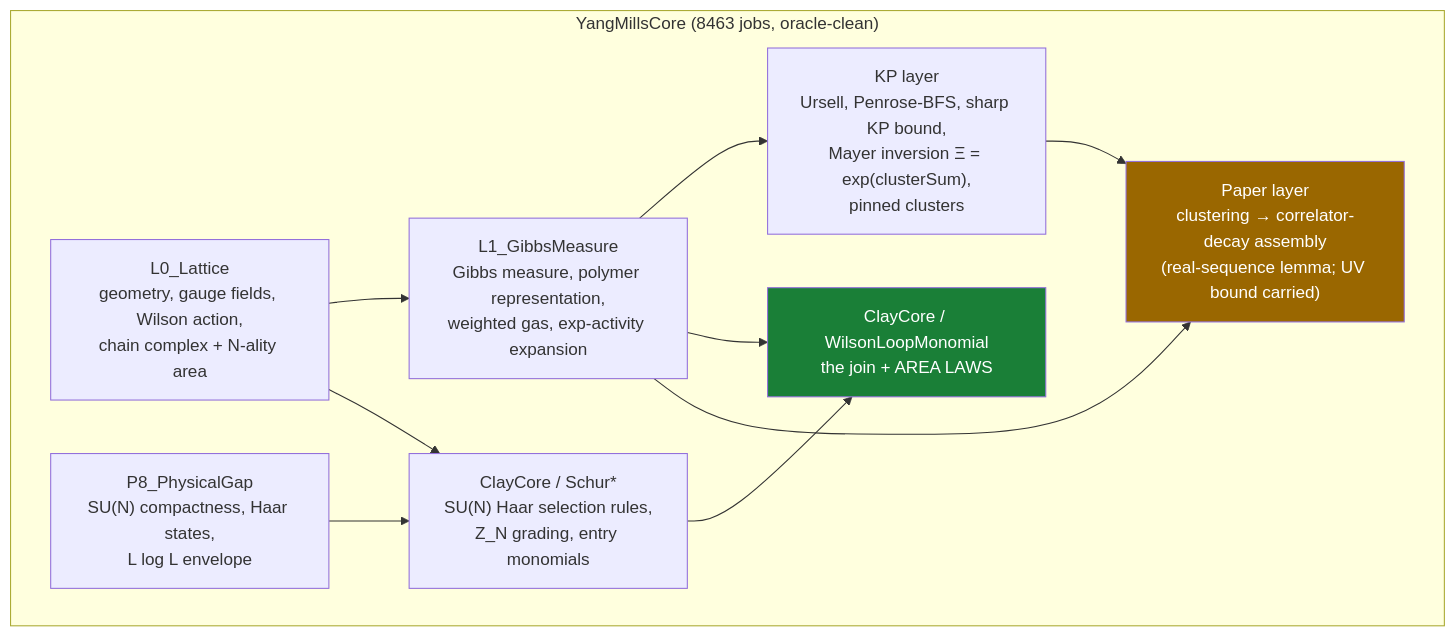
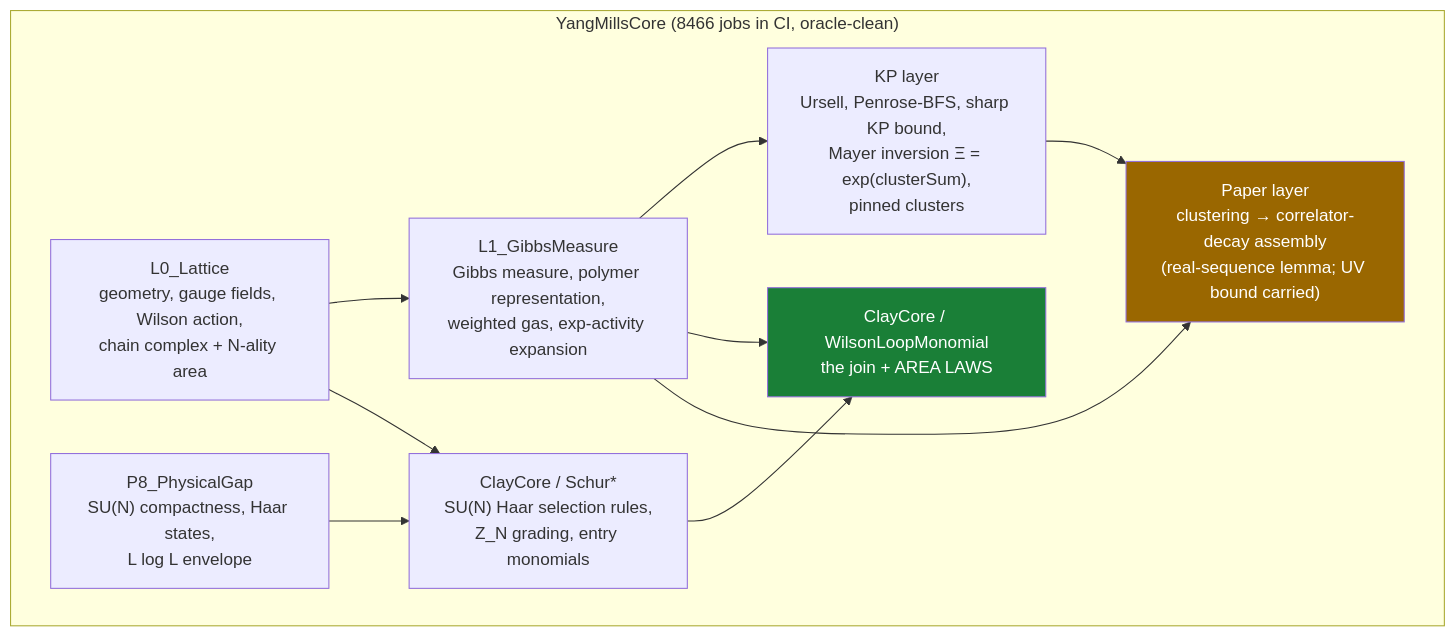
Before and after one commit to lluiseriksson/THE-ERIKSSON-PROGRAMME: the diagram in README.md, drawn with Mermaid. The commit also changed other lines of this file and 3 other files, not shown here.

First line of the commit message:
docs: record the CI core build (8466 jobs, run 38559635653) as the one count

````diff
--- a/README.md
+++ b/README.md
@@ -272,20 +276,20 @@
 ```mermaid
 graph TD
-    subgraph core["YangMillsCore  (8463 jobs, oracle-clean)"]
+    subgraph core["YangMillsCore  (8466 jobs in CI, oracle-clean)"]
         L0["L0_Lattice<br/>geometry, gauge fields, Wilson action,<br/>chain complex + N-ality area"]
         L1["L1_GibbsMeasure<br/>Gibbs measure, polymer representation,<br/>weighted gas, exp-activity expansion"]
         KP["KP layer<br/>Ursell, Penrose-BFS, sharp KP bound,<br/>Mayer inversion Ξ = exp(clusterSum),<br/>pinned clusters"]
         SCHUR["ClayCore / Schur*<br/>SU(N) Haar selection rules,<br/>Z_N grading, entry monomials"]
         WLM["ClayCore / WilsonLoopMonomial<br/>the join + AREA LAWS"]
         PAPER["Paper layer<br/>clustering → correlator-decay assembly<br/>(real-sequence lemma; UV bound carried)"]
         P8["P8_PhysicalGap<br/>SU(N) compactness, Haar states,<br/>L log L envelope"]
     end
     L0 --> L1 --> KP
     L0 --> SCHUR --> WLM
     L1 --> WLM
     L1 --> PAPER
     KP --> PAPER
     P8 --> SCHUR
     style WLM fill:#1a7f37,color:#fff
     style PAPER fill:#9a6700,color:#fff
 ```
````
